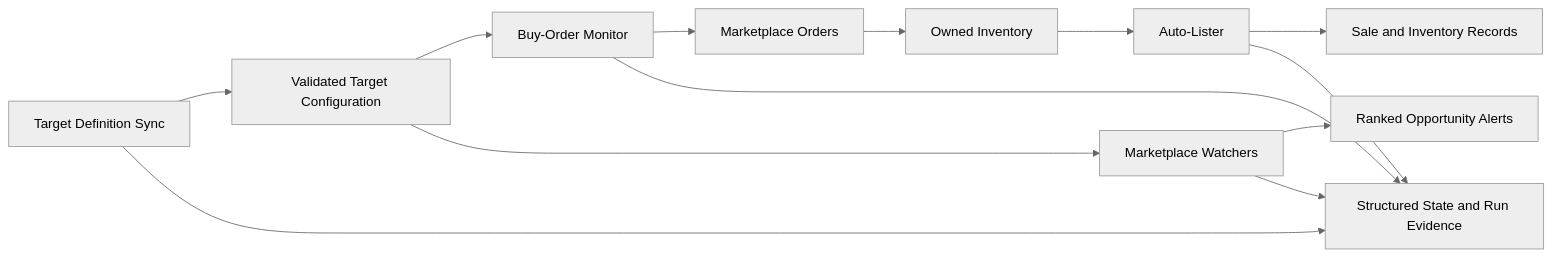
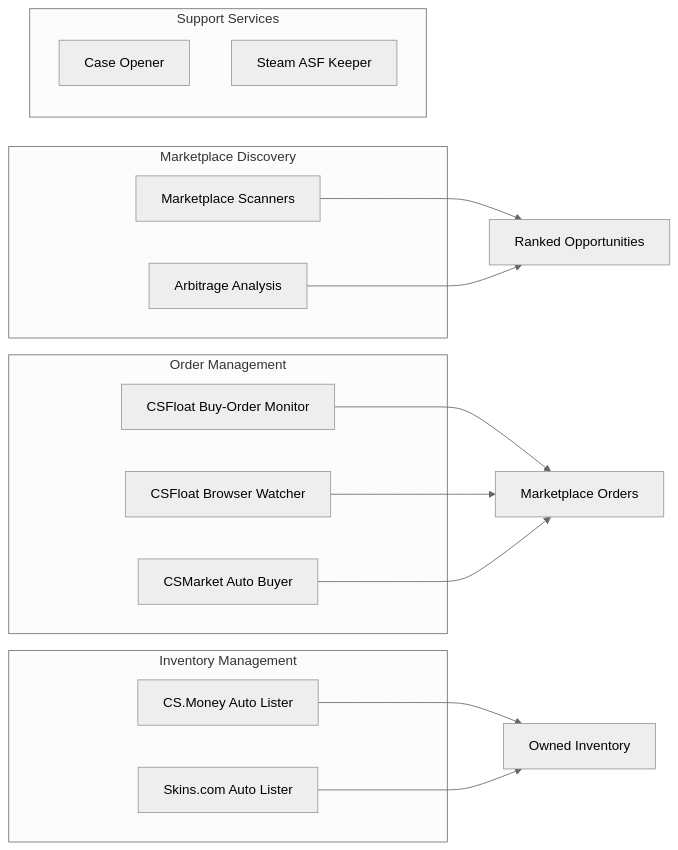
The diagram in README.md (ChardXBT/CS2-Marketplace-Trading-System), drawn with Mermaid (neutral theme) before and after one commit. The commit also changed other lines of this file, not shown here.

````diff
--- a/README.md
+++ b/README.md
@@ -14,16 +7,28 @@
 ```mermaid
 flowchart LR
-    A["Target Definition Sync"] --> B["Validated Target Configuration"]
-    B --> C["Buy-Order Monitor"]
-    B --> D["Marketplace Watchers"]
-    C --> E["Marketplace Orders"]
-    D --> F["Ranked Opportunity Alerts"]
-    E --> G["Owned Inventory"]
-    G --> H["Auto-Lister"]
-    H --> I["Sale and Inventory Records"]
+    subgraph "Marketplace Discovery"
+        A["Marketplace Scanners"]
+        B["Arbitrage Analysis"]
+    end
+    subgraph "Order Management"
+        C["CSFloat Buy-Order Monitor"]
+        D["CSFloat Browser Watcher"]
+        E["CSMarket Auto Buyer"]
+    end
+    subgraph "Inventory Management"
+        F["CS.Money Auto Lister"]
+        G["Skins.com Auto Lister"]
+    end
+    subgraph "Support Services"
+        H["Case Opener"]
+        I["Steam ASF Keeper"]
+    end
 
-    C --> J["Structured State and Run Evidence"]
+    C --> J["Marketplace Orders"]
     D --> J
-    H --> J
-    A --> J
+    E --> J
+    F --> K["Owned Inventory"]
+    G --> K
+    A --> L["Ranked Opportunities"]
+    B --> L
 ```
````
